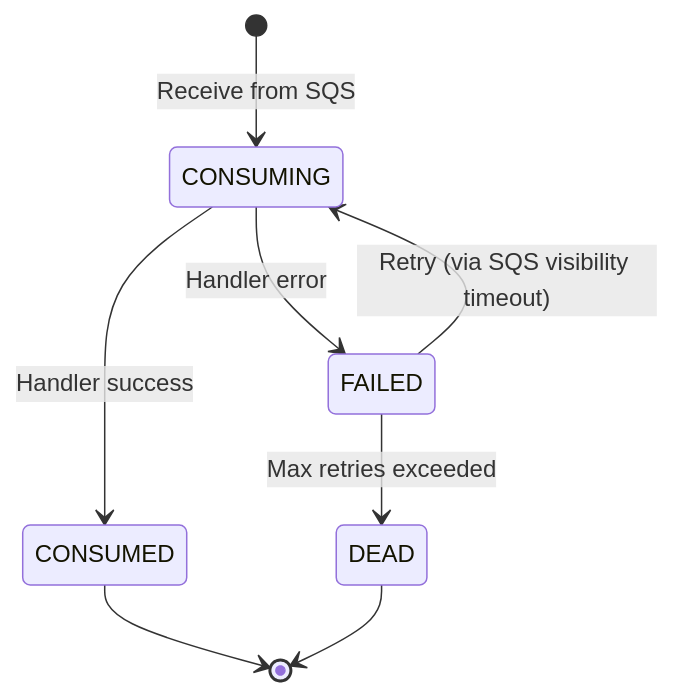
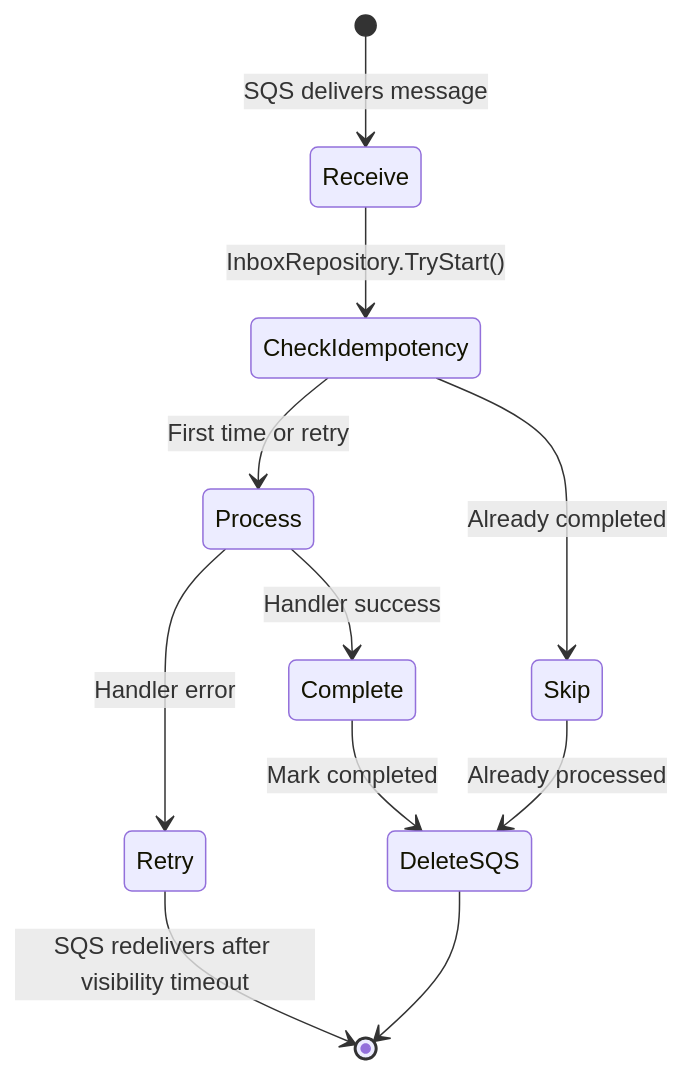
One commit to hacomono-lib/o4x changed the third of 3 diagrams in README.md. Above: the diagram before and after it, drawn with Mermaid. The commit also changed other lines of this file and 36 other files, not shown here.

Commit message:
feat: implement consumer inbox repository for idempotency, replacing consumer_messages with consumer_inbox. Update schema generation, documentation, and examples to reflect the new transactional inbox pattern for ensuring exactly-once message processing semantics.

````diff
--- a/README.md
+++ b/README.md
@@ -122,10 +116,13 @@
 ```mermaid
 stateDiagram-v2
-    [*] --> CONSUMING: Receive from SQS
-    CONSUMING --> CONSUMED: Handler success
-    CONSUMING --> FAILED: Handler error
-    FAILED --> CONSUMING: Retry (via SQS visibility timeout)
-    FAILED --> DEAD: Max retries exceeded
-    CONSUMED --> [*]
-    DEAD --> [*]
+    [*] --> Receive: SQS delivers message
+    Receive --> CheckIdempotency: InboxRepository.TryStart()
+    CheckIdempotency --> Skip: Already completed
+    CheckIdempotency --> Process: First time or retry
+    Process --> Complete: Handler success
+    Process --> Retry: Handler error
+    Complete --> DeleteSQS: Mark completed
+    Retry --> [*]: SQS redelivers after visibility timeout
+    Skip --> DeleteSQS: Already processed
+    DeleteSQS --> [*]
 ```
````
